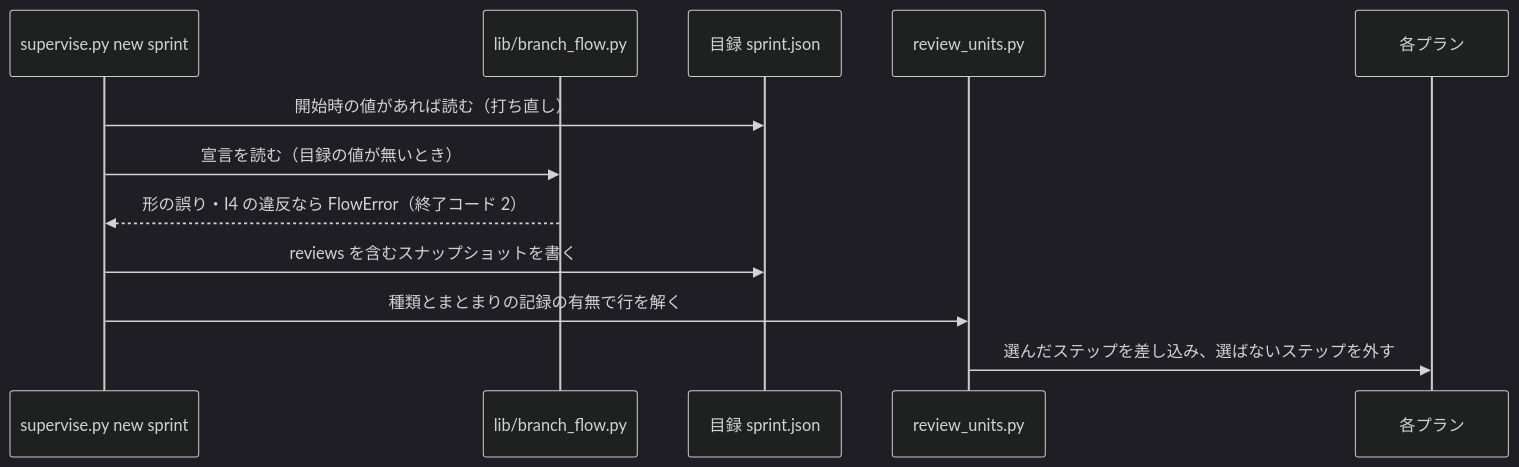
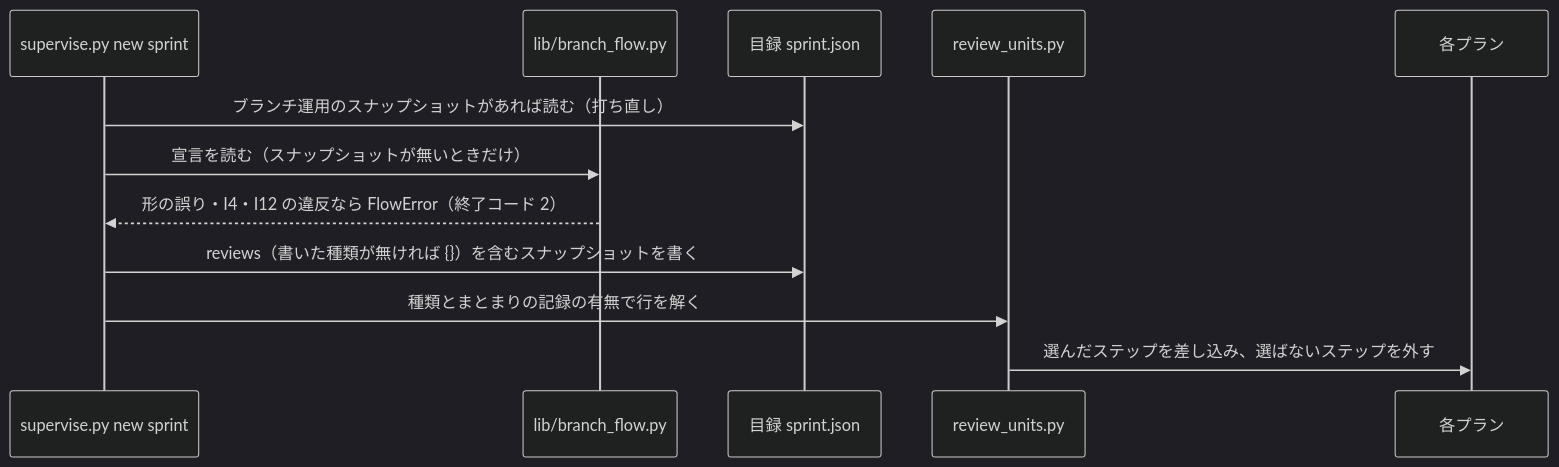
Before and after one commit to devbasex/ai-plugins: the third of 4 diagrams in issues/issue-3163-design.md, drawn with Mermaid (dark theme). The commit also changed other lines of this file, not shown here.

````diff
--- a/issues/issue-3163-design.md
+++ b/issues/issue-3163-design.md
@@ -289,14 +368,14 @@
 ```mermaid
 sequenceDiagram
     participant S as supervise.py new sprint
     participant B as lib/branch_flow.py
     participant M as 目録 sprint.json
     participant R as review_units.py
     participant P as 各プラン
-    S->>M: 開始時の値があれば読む（打ち直し）
-    S->>B: 宣言を読む（目録の値が無いとき）
-    B-->>S: 形の誤り・I4 の違反なら FlowError（終了コード 2）
-    S->>M: reviews を含むスナップショットを書く
+    S->>M: ブランチ運用のスナップショットがあれば読む（打ち直し）
+    S->>B: 宣言を読む（スナップショットが無いときだけ）
+    B-->>S: 形の誤り・I4・I12 の違反なら FlowError（終了コード 2）
+    S->>M: reviews（書いた種類が無ければ {}）を含むスナップショットを書く
     S->>R: 種類とまとまりの記録の有無で行を解く
     R->>P: 選んだステップを差し込み、選ばないステップを外す
 ```
````
